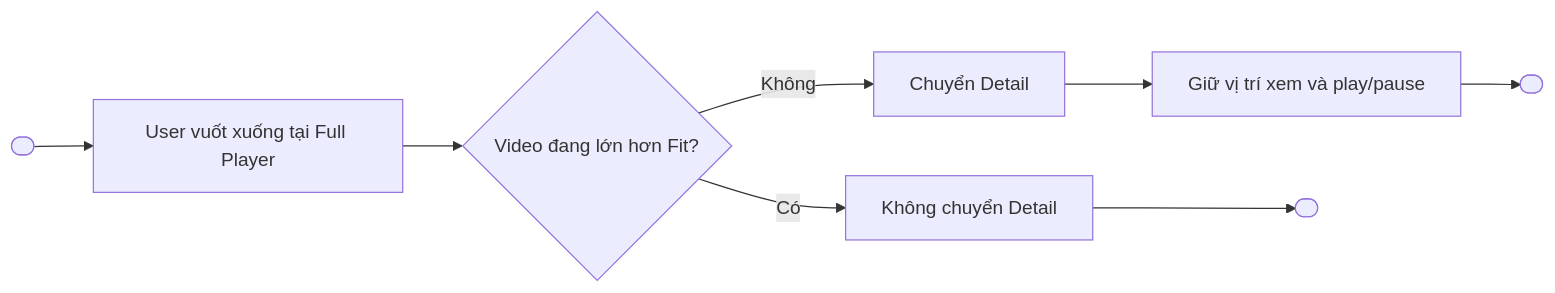
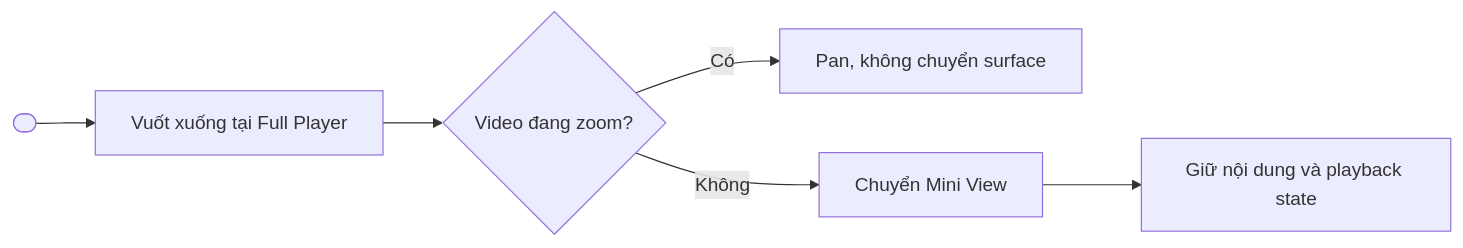
Before and after one commit to duongdang1136/FPTPLay: the seventh of 12 diagrams in features/final-docs/Video-Player/Gesture-Video-Player/product/Gesture-Video-Player-Spec.md, drawn with Mermaid. The commit also changed other lines of this file and 3 other files, not shown here.

Commit message:
docs: update player and Detail VOD specs

````diff
--- a/features/final-docs/Video-Player/Gesture-Video-Player/product/Gesture-Video-Player-Spec.md
+++ b/features/final-docs/Video-Player/Gesture-Video-Player/product/Gesture-Video-Player-Spec.md
@@ -500,10 +457,8 @@
 ```mermaid
 flowchart LR
- Start([" "]) --> A["User vuốt xuống tại Full Player"]
- A --> B{"Video đang lớn hơn Fit?"}
- B -- Có --> C["Không chuyển Detail"]
- B -- Không --> D["Chuyển Detail"]
- D --> E["Giữ vị trí xem và play/pause"]
- C --> End1([" "])
- E --> End2([" "])
+ Start([" "]) --> A["Vuốt xuống tại Full Player"]
+ A --> B{"Video đang zoom?"}
+ B -- Có --> C["Pan, không chuyển surface"]
+ B -- Không --> D["Chuyển Mini View"]
+ D --> E["Giữ nội dung và playback state"]
 ```
````
